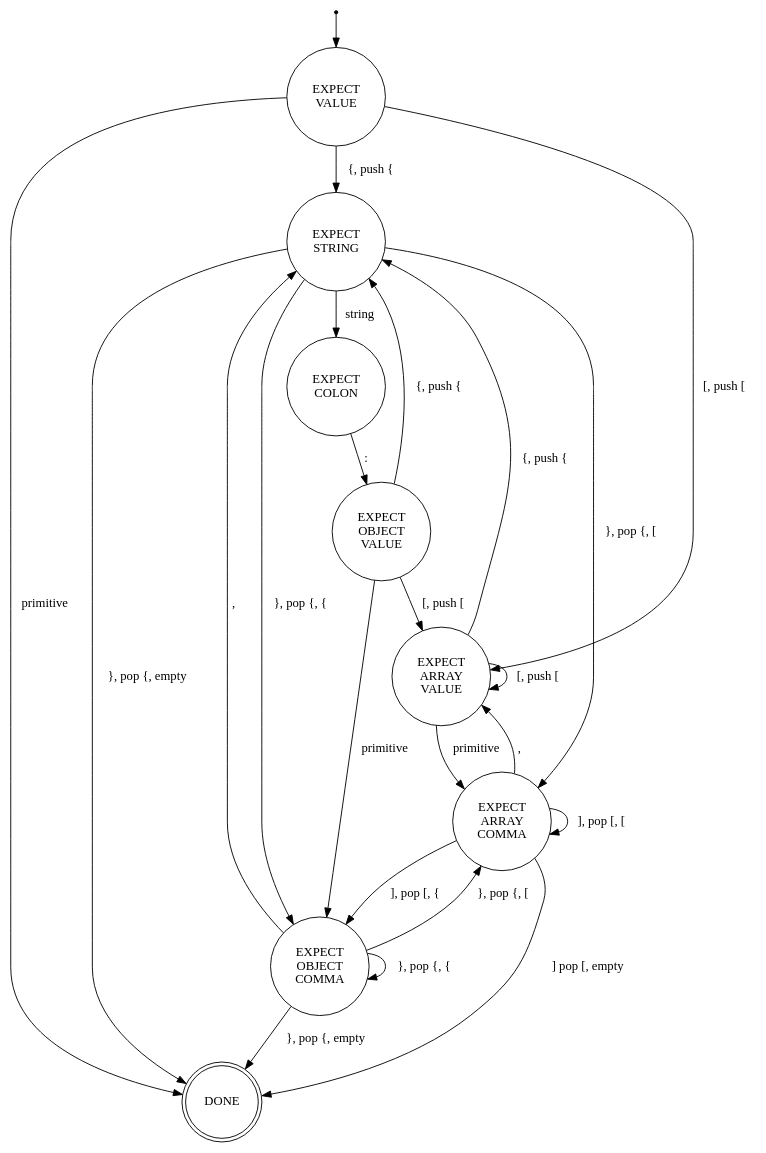
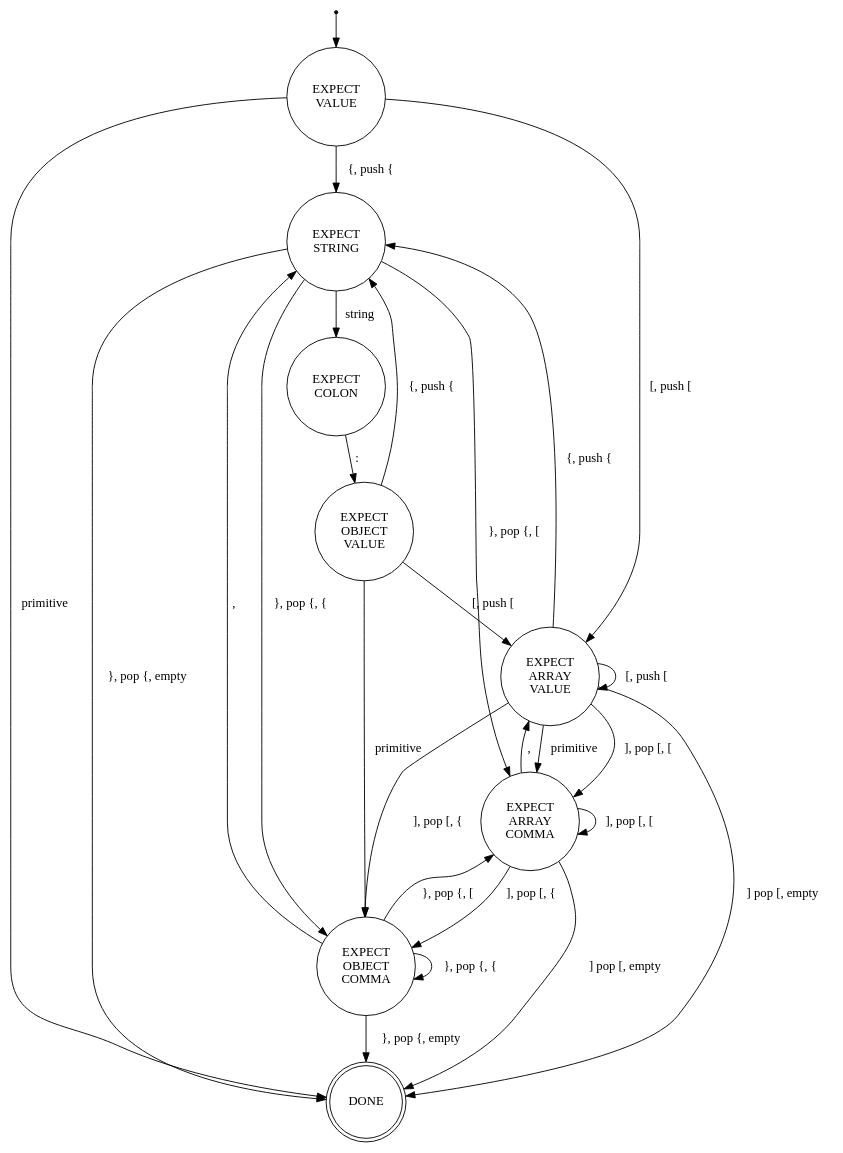
One commit to ivochkin/embedjson changed the diagram in doc/syntax-parser-fsm.dot. Above: the diagram before and after it, drawn with Graphviz. The commit also changed 1 other file, not shown here.

Commit message:
parser: Fix empty array handling

```diff
--- a/doc/syntax-parser-fsm.dot
+++ b/doc/syntax-parser-fsm.dot
@@ -1,59 +1,62 @@
 /*
  * Embedjson syntax parser Pushdown Automaton [1] transitions diagram.
  *
  * Label syntax " {, push { " means "If input symbol is {, then
  * push { onto the stack and follow this transition".
  *
  * Label syntax " ], pop [, { " means "If input symbol is ], then
  * ensure that top element of the stack is [, pop it, and if the
  * pop element of the stack is now { follow this transition".
  *
  * Transition induced by the "primitive" symbol are ones that
  * are made when one of the following tokens is encountered:
  * - string
  * - number
  * - true
  * - false
  * - null
  *
  * [1] https://en.wikipedia.org/wiki/Pushdown_automaton
  */
 digraph finite_state_machine {
   node [shape = point ]; entry
 
   node [shape=doublecircle label="DONE"] done;
 
   node [shape=circle label="EXPECT\nVALUE"] expect_value;
   node [label="EXPECT\nSTRING"] expect_string;
   node [label="EXPECT\nCOLON"] expect_colon;
   node [label="EXPECT\nOBJECT\nCOMMA"] expect_object_comma;
   node [label="EXPECT\nOBJECT\nVALUE"] expect_object_value;
   node [label="EXPECT\nARRAY\nVALUE"] expect_array_value;
   node [label="EXPECT\nARRAY\nCOMMA"] expect_array_comma;
 
   entry -> expect_value;
 
   expect_value -> expect_string [label=" {, push { "];
   expect_value -> done [label=" primitive "];
   expect_string -> expect_colon [label=" string "];
   expect_string -> done [label=" }, pop {, empty "];
   expect_string -> expect_object_comma [label=" }, pop {, { "];
   expect_string -> expect_array_comma [label=" }, pop {, [ "];
   expect_colon -> expect_object_value [label=" : "];
   expect_object_value -> expect_object_comma [label=" primitive "];
   expect_object_value -> expect_string [label=" {, push { "];
   expect_object_value -> expect_array_value [label=" [, push [ "];
   expect_object_comma -> expect_string [label=" , "];
   expect_object_comma -> done [label=" }, pop {, empty "];
   expect_object_comma -> expect_object_comma [label=" }, pop {, { "];
   expect_object_comma -> expect_array_comma [label=" }, pop {, [ "];
 
   expect_value -> expect_array_value [label=" [, push [ "];
   expect_array_value -> expect_array_comma [label=" primitive "];
   expect_array_value -> expect_array_value [label=" [, push [ "];
   expect_array_value -> expect_string [label= " {, push { "];
+  expect_array_value -> done [label=" ] pop [, empty "];
+  expect_array_value -> expect_array_comma [label=" ], pop [, [ "];
+  expect_array_value -> expect_object_comma [label=" ], pop [, { "];
   expect_array_comma -> expect_array_value [label=" , "];
   expect_array_comma -> done [label=" ] pop [, empty "];
   expect_array_comma -> expect_array_comma [label=" ], pop [, [ "];
   expect_array_comma -> expect_object_comma [label=" ], pop [, { "];
 }
```
